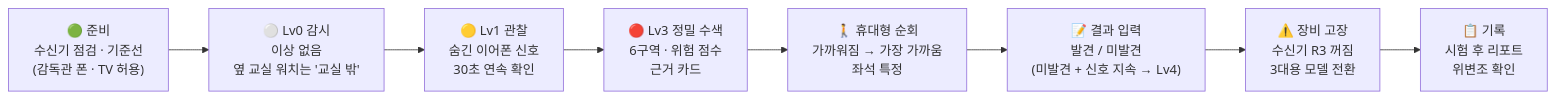
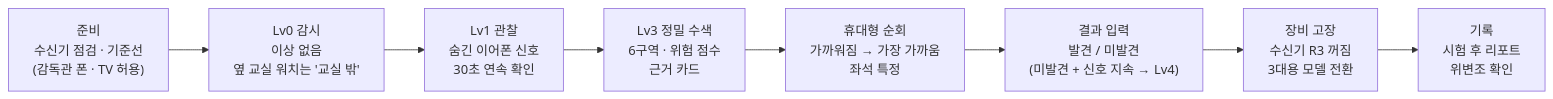
The first of 2 diagrams in README.md (onlyho12-sketch/WaveSpot), drawn with Mermaid before and after one commit. The commit also changed other lines of this file and 32 other files, not shown here.

````diff
--- a/README.md
+++ b/README.md
@@ -99,10 +86,10 @@
 ```mermaid
 flowchart LR
-    A["🟢 준비<br/>수신기 점검 · 기준선<br/>(감독관 폰 · TV 허용)"] --> B["⚪ Lv0 감시<br/>이상 없음<br/>옆 교실 워치는 '교실 밖'"]
-    B --> C["🟡 Lv1 관찰<br/>숨긴 이어폰 신호<br/>30초 연속 확인"]
-    C --> D["🔴 Lv3 정밀 수색<br/>6구역 · 위험 점수<br/>근거 카드"]
-    D --> E["🚶 휴대형 순회<br/>가까워짐 → 가장 가까움<br/>좌석 특정"]
-    E --> F["📝 결과 입력<br/>발견 / 미발견<br/>(미발견 + 신호 지속 → Lv4)"]
-    F --> G["⚠️ 장비 고장<br/>수신기 R3 꺼짐<br/>3대용 모델 전환"]
-    G --> H["📋 기록<br/>시험 후 리포트<br/>위변조 확인"]
+    A["준비<br/>수신기 점검 · 기준선<br/>(감독관 폰 · TV 허용)"] --> B["Lv0 감시<br/>이상 없음<br/>옆 교실 워치는 '교실 밖'"]
+    B --> C["Lv1 관찰<br/>숨긴 이어폰 신호<br/>30초 연속 확인"]
+    C --> D["Lv3 정밀 수색<br/>6구역 · 위험 점수<br/>근거 카드"]
+    D --> E["휴대형 순회<br/>가까워짐 → 가장 가까움<br/>좌석 특정"]
+    E --> F["결과 입력<br/>발견 / 미발견<br/>(미발견 + 신호 지속 → Lv4)"]
+    F --> G["장비 고장<br/>수신기 R3 꺼짐<br/>3대용 모델 전환"]
+    G --> H["기록<br/>시험 후 리포트<br/>위변조 확인"]
 ```
````
